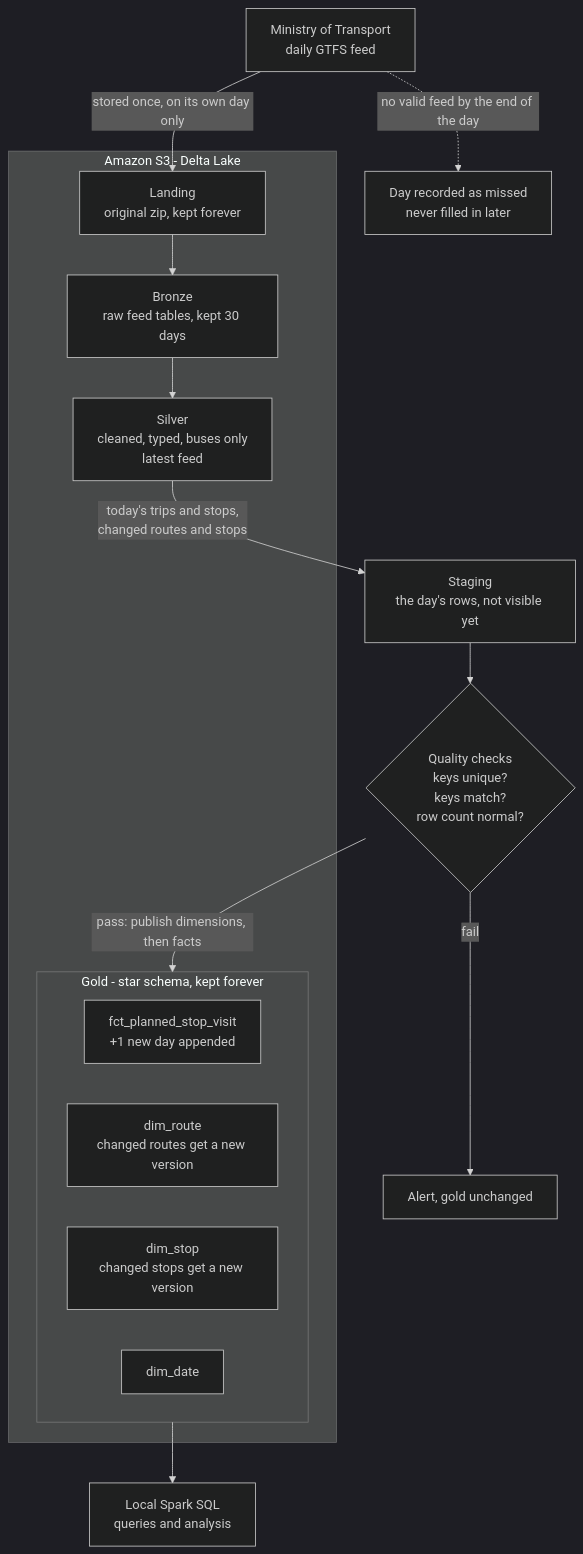
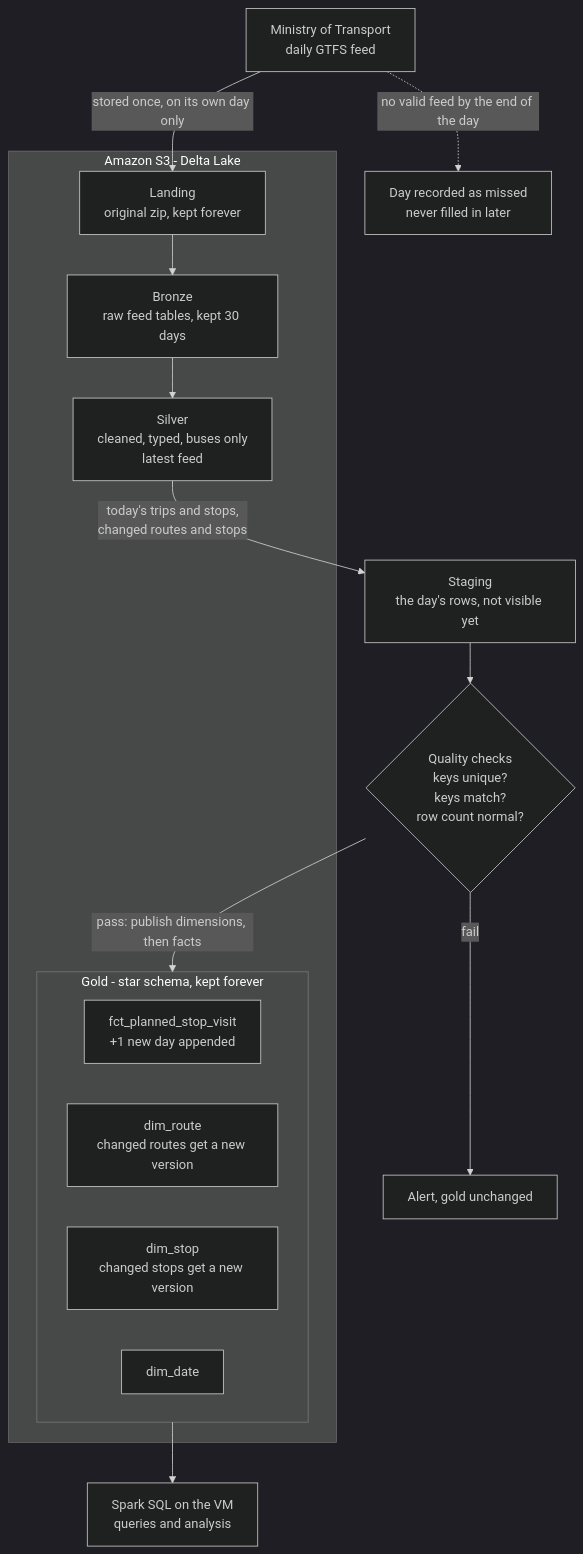
The first of 2 diagrams in docs/architecture.md (omershenhav7/israel-transit-pipeline), drawn with Mermaid (dark theme) before and after one commit. The commit also changed other lines of this file and 3 other files, not shown here.

````diff
--- a/docs/architecture.md
+++ b/docs/architecture.md
@@ -35,27 +35,27 @@
 ```mermaid
 flowchart TD
     MOT["Ministry of Transport<br/>daily GTFS feed"] -->|"stored once, on its own day only"| LAND
     MOT -.->|"no valid feed by the end of the day"| MISSED["Day recorded as missed<br/>never filled in later"]
 
     subgraph S3["Amazon S3 - Delta Lake"]
         LAND["Landing<br/>original zip, kept forever"]
         BRONZE["Bronze<br/>raw feed tables, kept 30 days"]
         SILVER["Silver<br/>cleaned, typed, buses only<br/>latest feed"]
         subgraph GOLD["Gold - star schema, kept forever"]
             FACT["fct_planned_stop_visit<br/>+1 new day appended"]
             DROUTE["dim_route<br/>changed routes get a new version"]
             DSTOP["dim_stop<br/>changed stops get a new version"]
             DDATE["dim_date"]
         end
     end
 
     LAND --> BRONZE --> SILVER
     SILVER -->|"today's trips and stops,<br/>changed routes and stops"| STAGE["Staging<br/>the day's rows, not visible yet"]
 
     CHECKS{"Quality checks<br/>keys unique?<br/>keys match?<br/>row count normal?"}
     STAGE --> CHECKS
     CHECKS -->|"pass: publish dimensions, then facts"| GOLD
     CHECKS -->|"fail"| ALERT["Alert, gold unchanged"]
 
-    GOLD --> SQL["Local Spark SQL<br/>queries and analysis"]
+    GOLD --> SQL["Spark SQL on the VM<br/>queries and analysis"]
 ```
````
